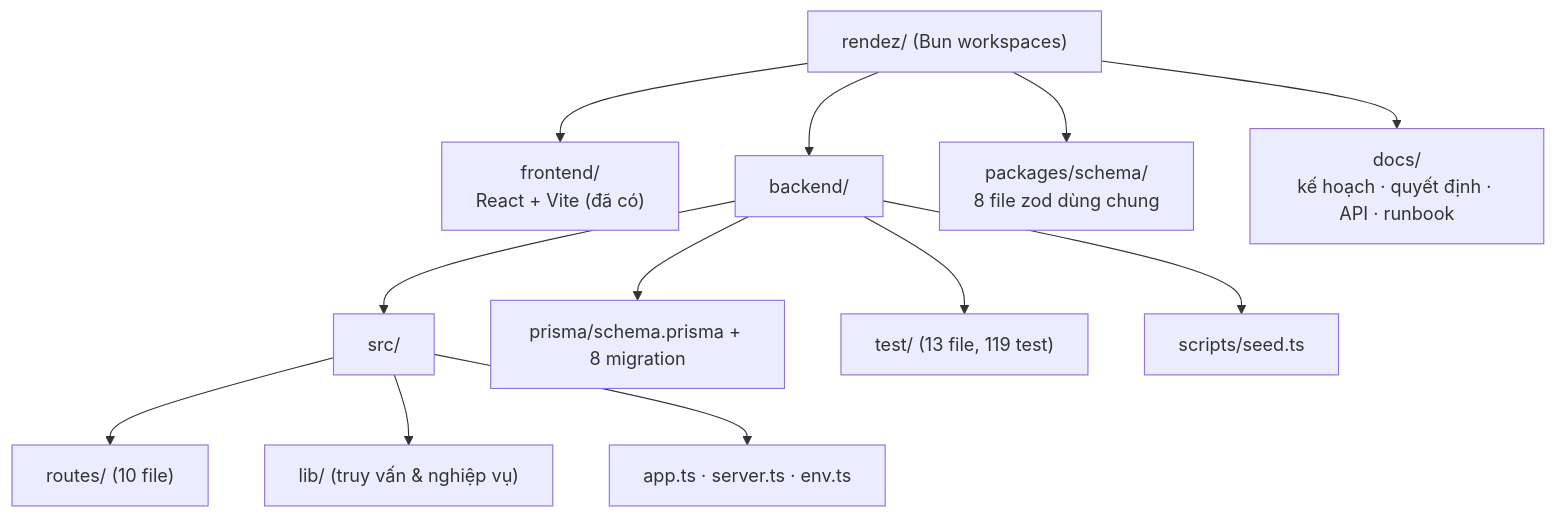
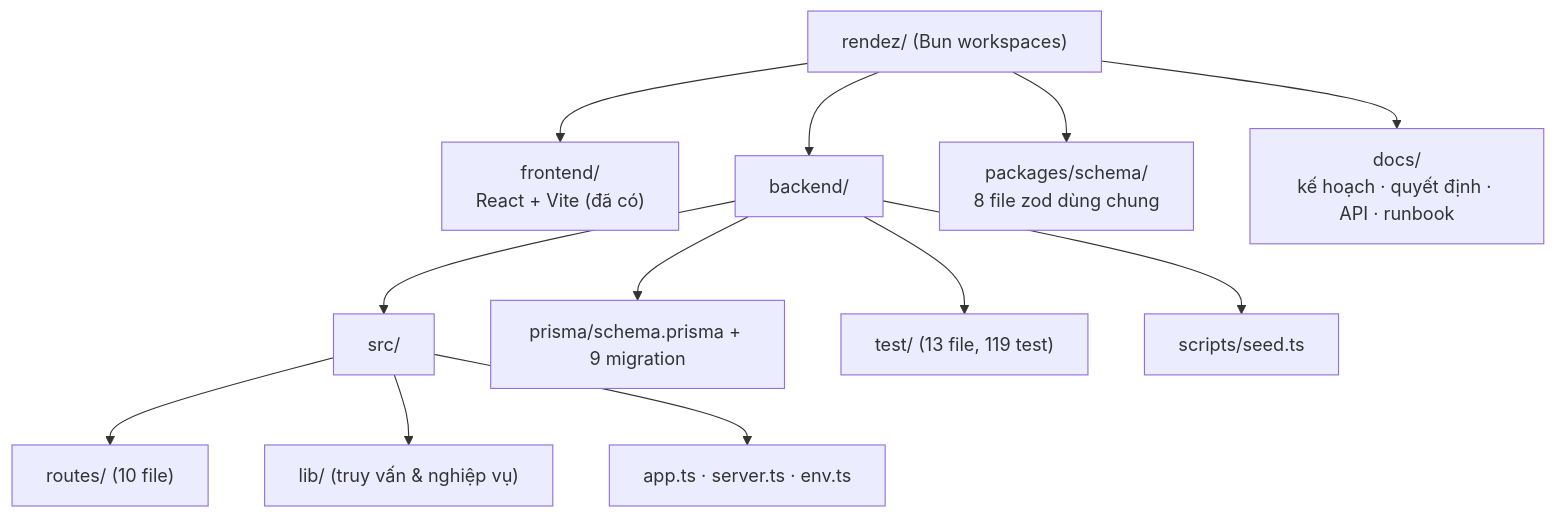
The sixth of 14 diagrams in docs/bao-cao/BAO-CAO-DO-AN.md (longqt321/Rendez-PBL6), drawn with Mermaid before and after one commit. The commit also changed other lines of this file and 4 other files, not shown here.

````diff
--- a/docs/bao-cao/BAO-CAO-DO-AN.md
+++ b/docs/bao-cao/BAO-CAO-DO-AN.md
@@ -439,15 +439,15 @@
 ```mermaid
 flowchart TB
   Root["rendez/ (Bun workspaces)"]
   Root --> FE["frontend/<br/>React + Vite (đã có)"]
   Root --> BE["backend/"]
   Root --> PKG["packages/schema/<br/>8 file zod dùng chung"]
   Root --> DOC["docs/<br/>kế hoạch · quyết định · API · runbook"]
   BE --> SRC["src/"]
   SRC --> R["routes/ (10 file)"]
   SRC --> L["lib/ (truy vấn & nghiệp vụ)"]
   SRC --> I["app.ts · server.ts · env.ts"]
-  BE --> PR["prisma/schema.prisma + 8 migration"]
+  BE --> PR["prisma/schema.prisma + 9 migration"]
   BE --> T["test/ (13 file, 119 test)"]
   BE --> SC["scripts/seed.ts"]
 ```
````
